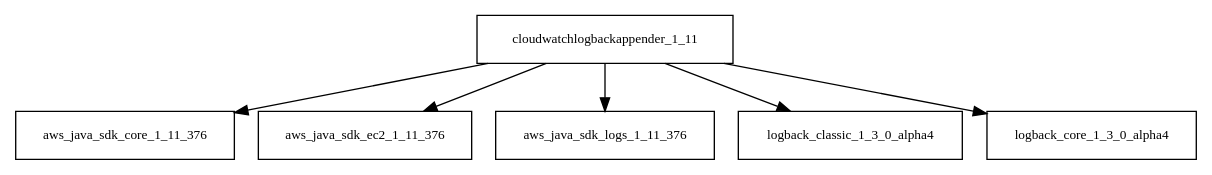
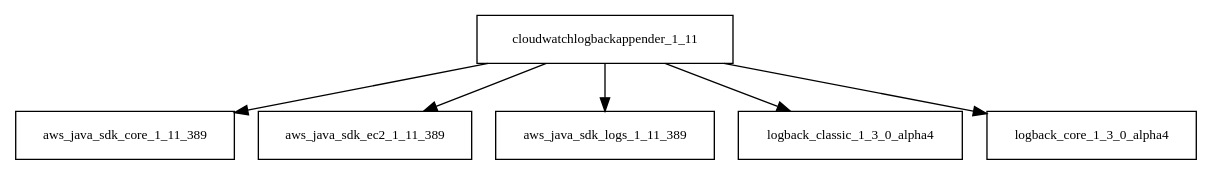
Before and after one commit to sjvs/cia: the diagram in tattleTaleReport/graphviz/cloudwatchlogbackappender-1.11.jar/cloudwatchlogbackappender-1.11.jar.dot, drawn with Graphviz. The commit also changed 2896 other files, not shown here.

```diff
--- a/tattleTaleReport/graphviz/cloudwatchlogbackappender-1.11.jar/cloudwatchlogbackappender-1.11.jar.dot
+++ b/tattleTaleReport/graphviz/cloudwatchlogbackappender-1.11.jar/cloudwatchlogbackappender-1.11.jar.dot
@@ -1,8 +1,8 @@
 digraph cloudwatchlogbackappender_1_11_dependencies {
   node [shape = box, fontsize=10.0];
-  cloudwatchlogbackappender_1_11 -> aws_java_sdk_core_1_11_376;
-  cloudwatchlogbackappender_1_11 -> aws_java_sdk_ec2_1_11_376;
-  cloudwatchlogbackappender_1_11 -> aws_java_sdk_logs_1_11_376;
+  cloudwatchlogbackappender_1_11 -> aws_java_sdk_core_1_11_389;
+  cloudwatchlogbackappender_1_11 -> aws_java_sdk_ec2_1_11_389;
+  cloudwatchlogbackappender_1_11 -> aws_java_sdk_logs_1_11_389;
   cloudwatchlogbackappender_1_11 -> logback_classic_1_3_0_alpha4;
   cloudwatchlogbackappender_1_11 -> logback_core_1_3_0_alpha4;
 }
```
